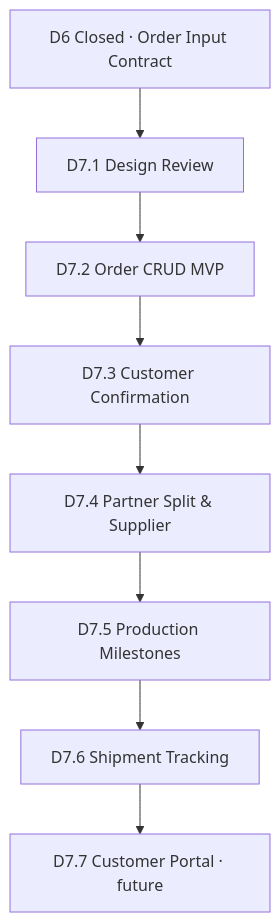
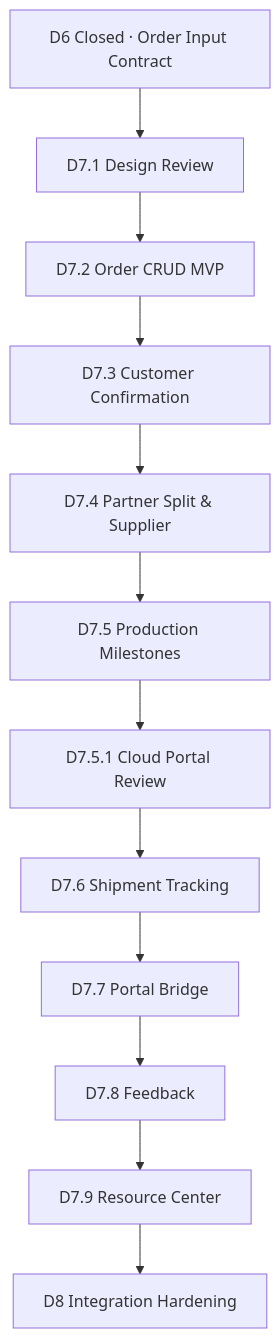
One commit to StefanoJIA/PartnerOS changed the diagram in docs/phase3/phase3_roadmap.md. Above: the diagram before and after it, drawn with Mermaid. The commit also changed other lines of this file and 4 other files, not shown here.

Commit message:
docs(portal): review existing cloud portal integration path

````diff
--- a/docs/phase3/phase3_roadmap.md
+++ b/docs/phase3/phase3_roadmap.md
@@ -37,19 +40,27 @@
 ```mermaid
 flowchart TD
   D6[D6 Closed · Order Input Contract]
   D71[D7.1 Design Review]
   D72[D7.2 Order CRUD MVP]
   D73[D7.3 Customer Confirmation]
   D74[D7.4 Partner Split & Supplier]
   D75[D7.5 Production Milestones]
+  D751[D7.5.1 Cloud Portal Review]
   D76[D7.6 Shipment Tracking]
-  D77[D7.7 Customer Portal · future]
+  D77[D7.7 Portal Bridge]
+  D78[D7.8 Feedback]
+  D79[D7.9 Resource Center]
+  D8[D8 Integration Hardening]
 
   D6 --> D71
   D71 --> D72
   D72 --> D73
   D73 --> D74
   D74 --> D75
-  D75 --> D76
+  D75 --> D751
+  D751 --> D76
   D76 --> D77
+  D77 --> D78
+  D78 --> D79
+  D79 --> D8
 ```
````
